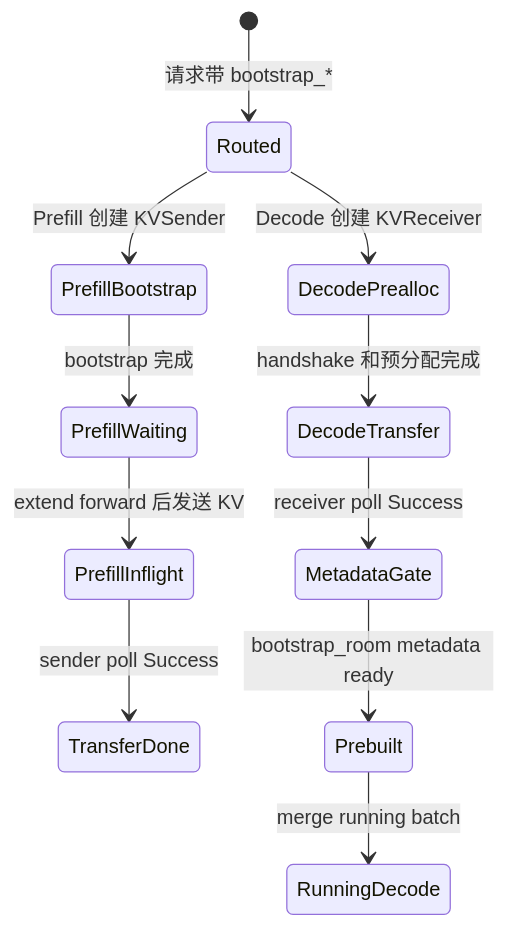
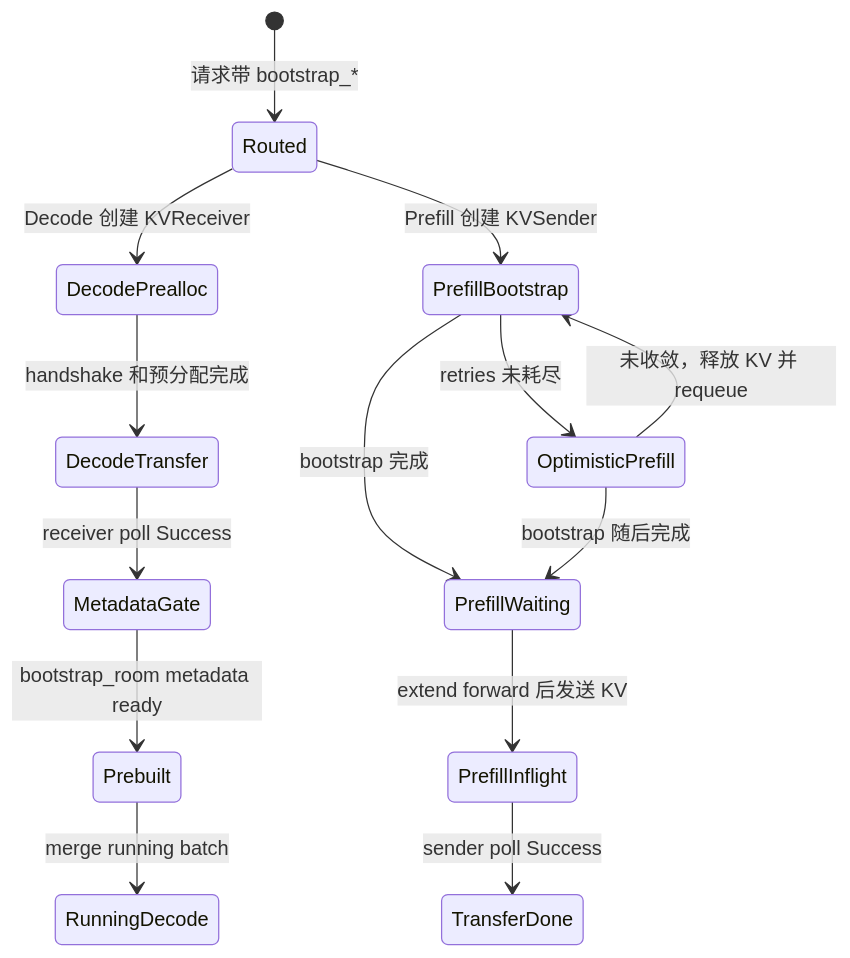
The diagram in sglang_reading/高级特性/PD分离/SGLang-PD分离-核心概念.md (OnlyHero5/sglang-reading-vault), drawn with Mermaid before and after one commit. The commit also changed other lines of this file and 512 other files, not shown here.

````diff
--- a/sglang_reading/高级特性/PD分离/SGLang-PD分离-核心概念.md
+++ b/sglang_reading/高级特性/PD分离/SGLang-PD分离-核心概念.md
@@ -36,13 +39,16 @@
 ```mermaid
 stateDiagram-v2
   [*] --> Routed: 请求带 bootstrap_*
   Routed --> DecodePrealloc: Decode 创建 KVReceiver
   Routed --> PrefillBootstrap: Prefill 创建 KVSender
   DecodePrealloc --> DecodeTransfer: handshake 和预分配完成
   PrefillBootstrap --> PrefillWaiting: bootstrap 完成
+  PrefillBootstrap --> OptimisticPrefill: retries 未耗尽
+  OptimisticPrefill --> PrefillWaiting: bootstrap 随后完成
+  OptimisticPrefill --> PrefillBootstrap: 未收敛，释放 KV 并 requeue
   PrefillWaiting --> PrefillInflight: extend forward 后发送 KV
   PrefillInflight --> TransferDone: sender poll Success
   DecodeTransfer --> MetadataGate: receiver poll Success
   MetadataGate --> Prebuilt: bootstrap_room metadata ready
   Prebuilt --> RunningDecode: merge running batch
 ```
````
